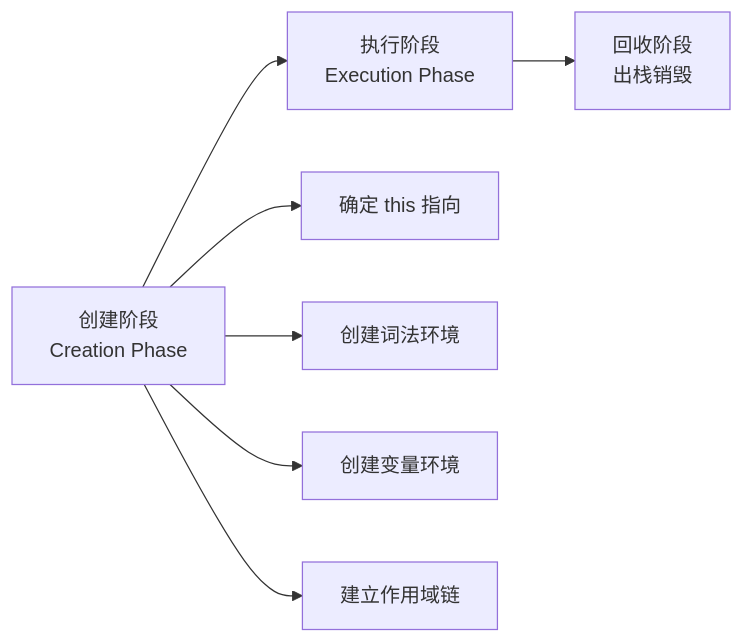
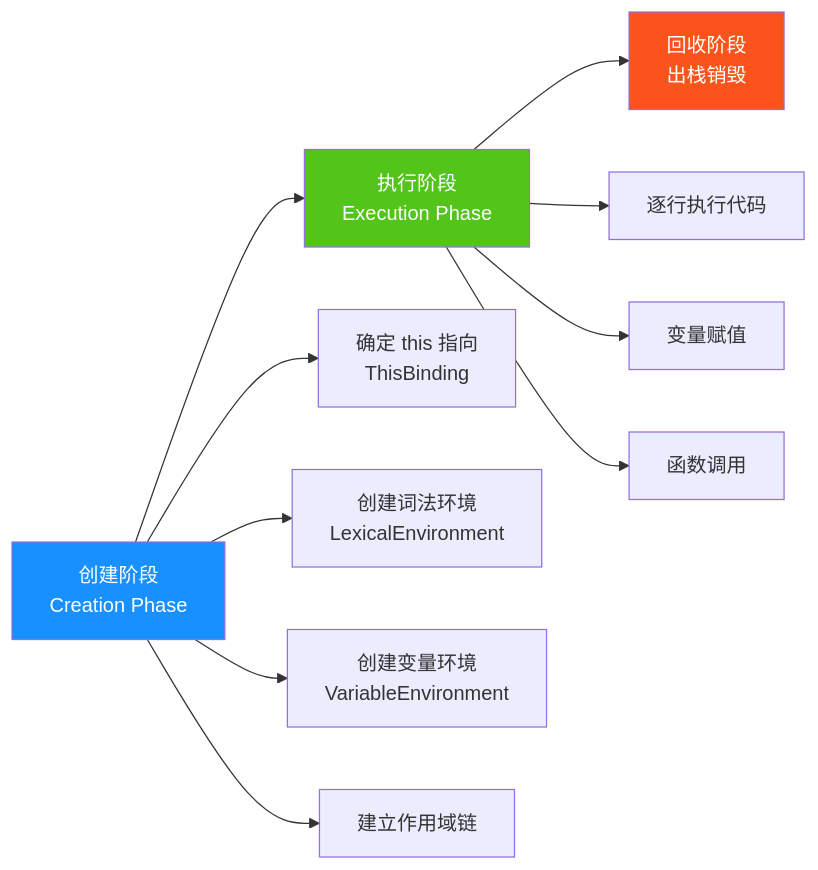
Before and after one commit to mansteinr/note-book: the second of 19 diagrams in JavaScript/06-执行上下文.md, drawn with Mermaid. The commit also changed other lines of this file and 6 other files, not shown here.

````diff
--- a/JavaScript/06-执行上下文.md
+++ b/JavaScript/06-执行上下文.md
@@ -27,10 +239,18 @@
 ```mermaid
 flowchart LR
     A[创建阶段<br/>Creation Phase] --> B[执行阶段<br/>Execution Phase]
     B --> C[回收阶段<br/>出栈销毁]
 
-    A --> A1[确定 this 指向]
-    A --> A2[创建词法环境]
-    A --> A3[创建变量环境]
+    A --> A1[确定 this 指向<br/>ThisBinding]
+    A --> A2[创建词法环境<br/>LexicalEnvironment]
+    A --> A3[创建变量环境<br/>VariableEnvironment]
     A --> A4[建立作用域链]
+
+    B --> B1[逐行执行代码]
+    B --> B2[变量赋值]
+    B --> B3[函数调用]
+
+    style A fill:#1890ff,color:#fff
+    style B fill:#52c41a,color:#fff
+    style C fill:#fa541c,color:#fff
 ```
````
